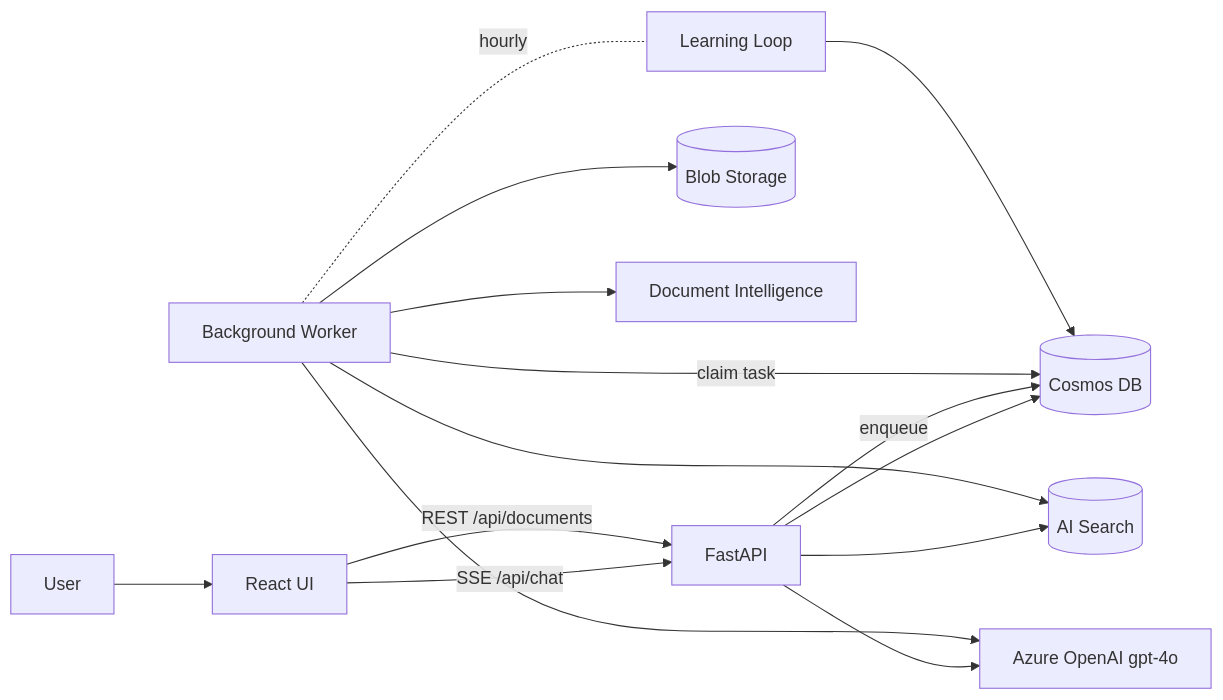
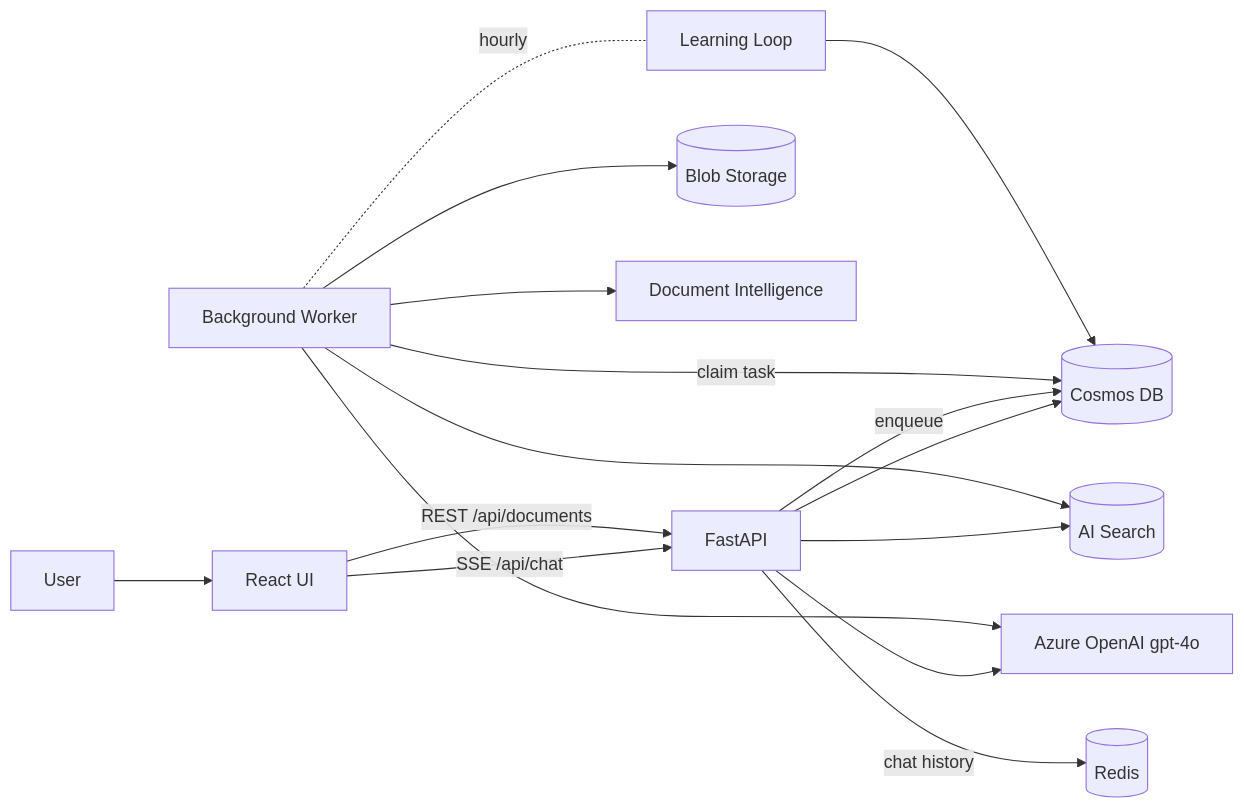
The diagram in README.md (nishant5790/doc-mind-ai), drawn with Mermaid before and after one commit. The commit also changed other lines of this file and 5 other files, not shown here.

````diff
--- a/README.md
+++ b/README.md
@@ -137,17 +169,18 @@
 ```mermaid
 flowchart LR
     User[User] --> UI[React UI]
     UI -->|SSE /api/chat| API[FastAPI]
     UI -->|REST /api/documents| API
     API --> Cosmos[(Cosmos DB)]
     API --> Search[(AI Search)]
     API --> OpenAI[Azure OpenAI gpt-4o]
     API -->|enqueue| Cosmos
     Worker[Background Worker] -->|claim task| Cosmos
     Worker --> Blob[(Blob Storage)]
     Worker --> DocIntel[Document Intelligence]
     Worker --> OpenAI
     Worker --> Search
     Worker -.hourly.- Learn[Learning Loop]
     Learn --> Cosmos
+    API -->|chat history| Redis[(Redis)]
 ```
````
